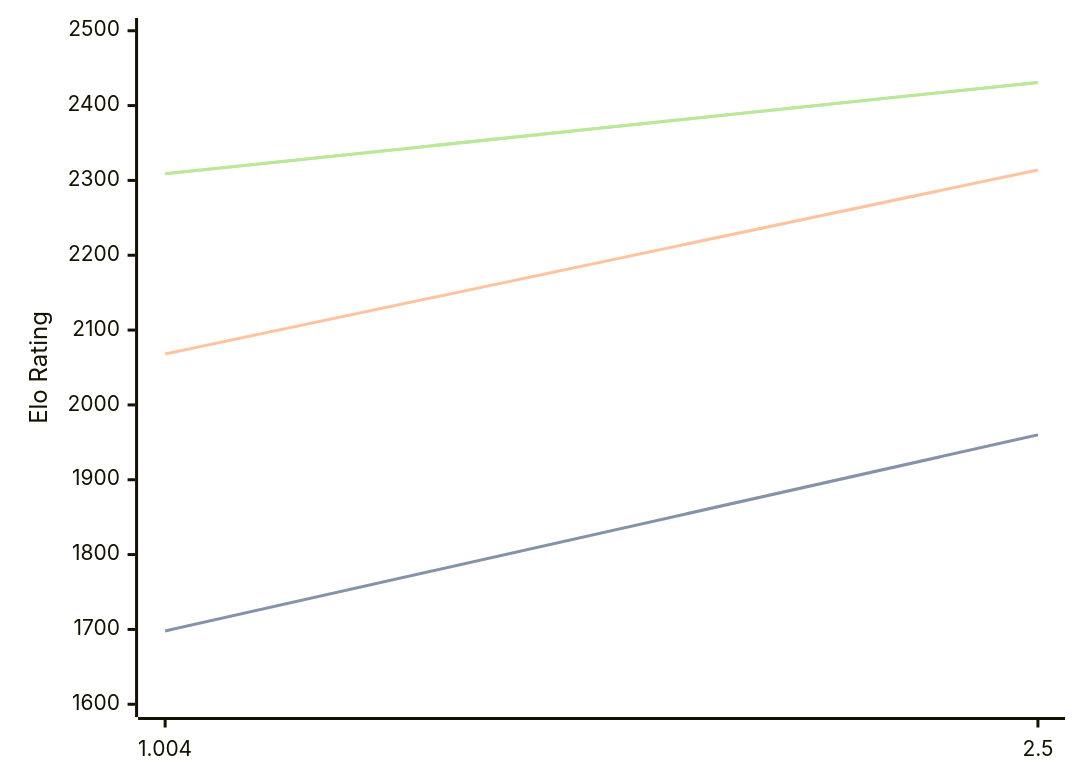
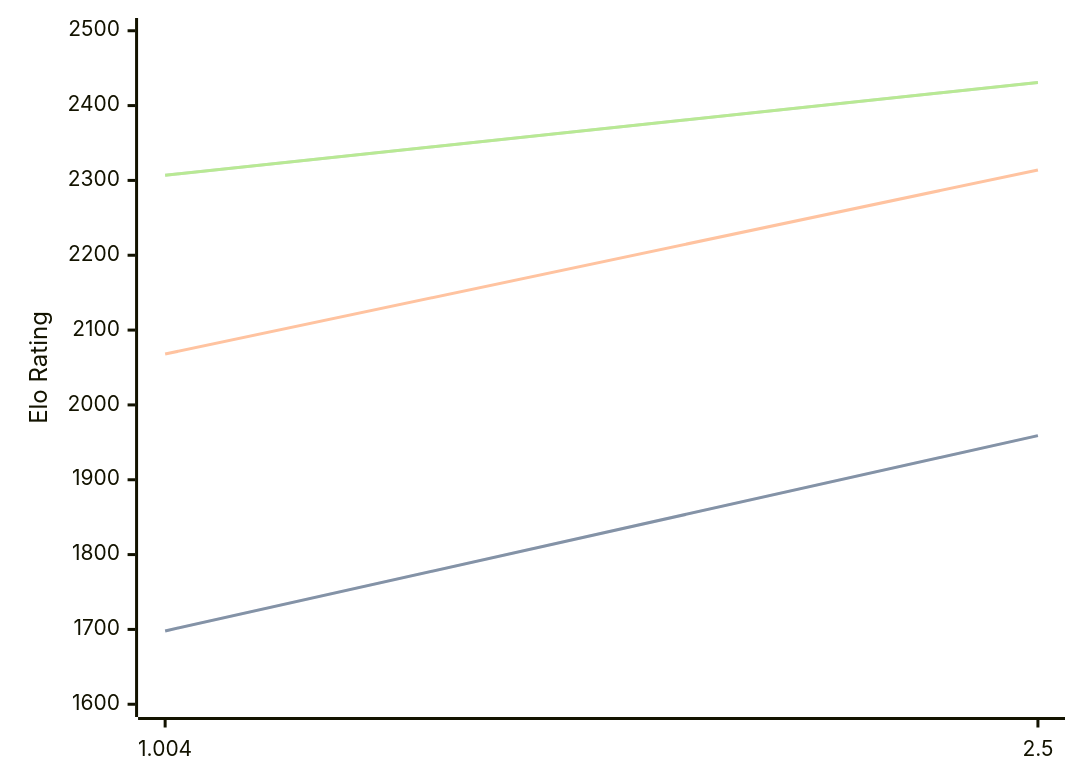
Before and after one commit to computer-chess-index/cci: the first of 3 diagrams in engines/Ares.md, drawn with Mermaid. The commit also changed other lines of this file, not shown here.

Commit message:
Update CCI Ratings (ELO VLTC) - 2026-06-17

````diff
--- a/engines/Ares.md
+++ b/engines/Ares.md
@@ -32,11 +32,11 @@
 ```mermaid
 %%{init: {"theme":"base","themeVariables":{"seriesColors:['#a3a3a3','#222221','#faa371']}}}%%
 xychart-beta
   x-axis ["1.004", "2.5"]
   y-axis "Elo Rating" 1600 --> 2500
-  line "STC (8.0+0.08s)" [1698, 1960]
-  line "STC (8.0+0.08s)" [1698, 1960]
+  line "STC (8.0+0.08s)" [1698, 1959]
+  line "STC (8.0+0.08s)" [1698, 1959]
   line "LTC (60.0+0.60s)" [2068, 2314]
-  line "VLTC (2m24s+1.12s)" [2309, 2431]
-  line "VLTC (2m24s+1.12s)" [2309, 2431]
+  line "VLTC (2m24s+1.12s)" [2307, 2431]
+  line "VLTC (2m24s+1.12s)" [2307, 2431]
 ```
````
